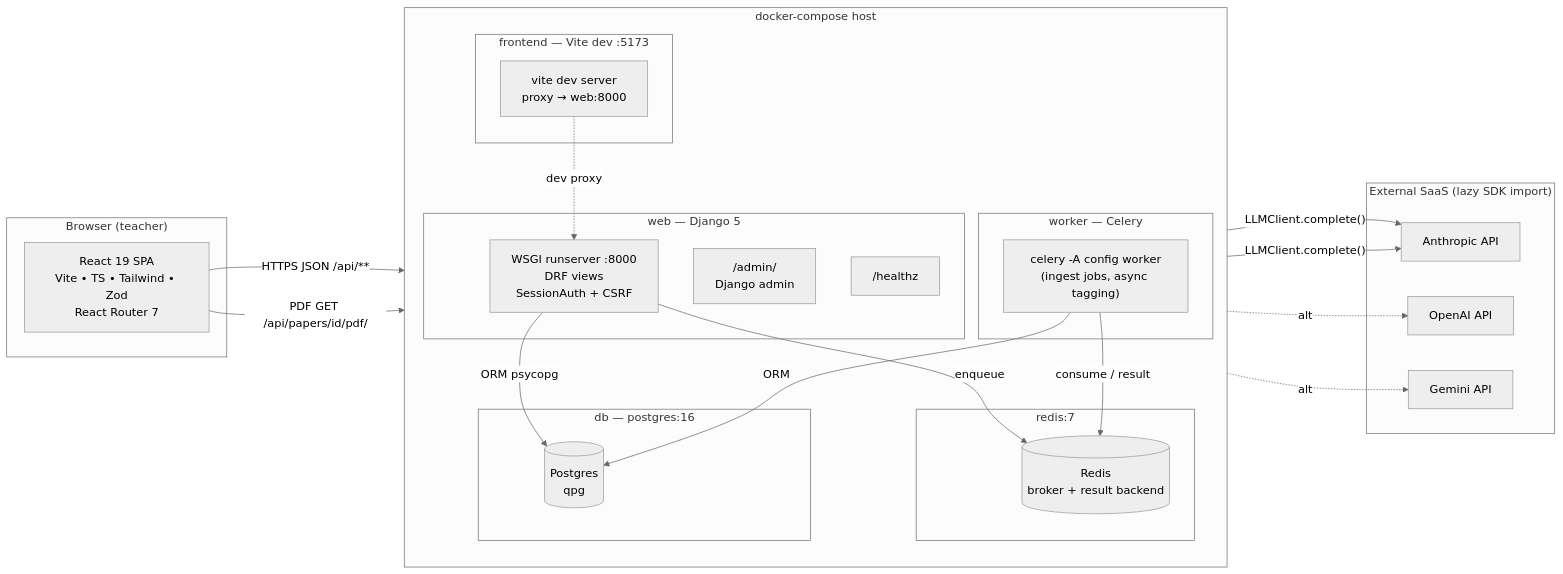
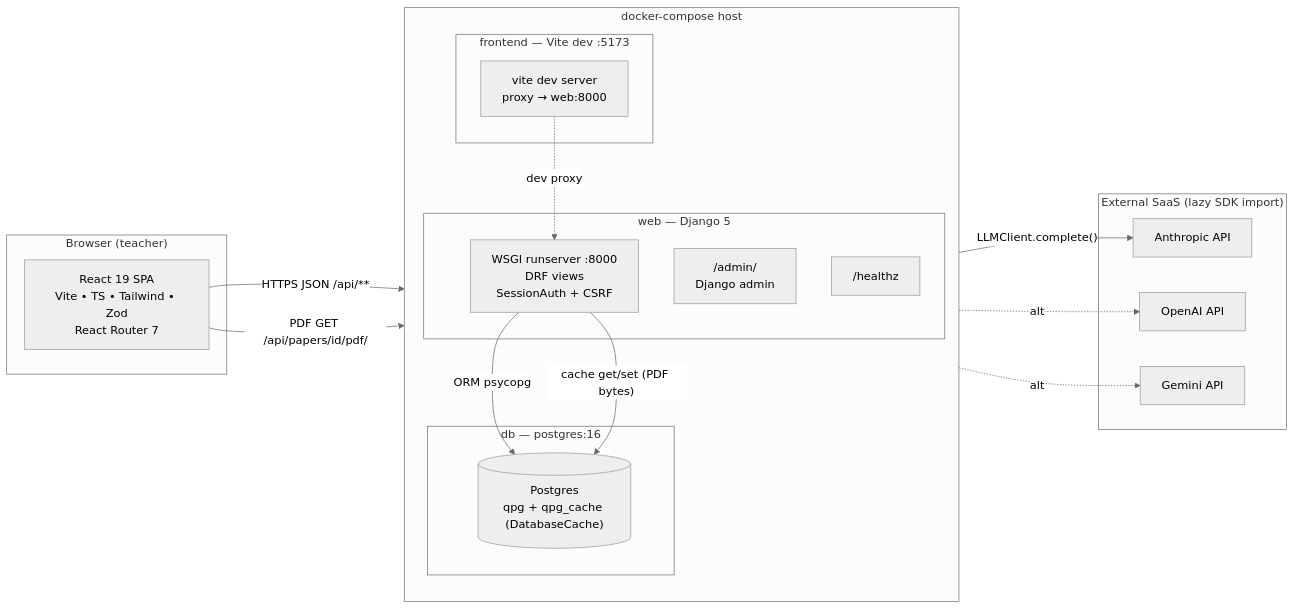
One commit to WizKnight/qs-paper-generator changed the first of 5 diagrams in docs/architecture-diagrams.md. Above: the diagram before and after it, drawn with Mermaid (neutral theme). The commit also changed other lines of this file and 74 other files, not shown here.

First line of the commit message:
data(bank): extracted 2026 Science papers (11) + cropped diagrams (#128)

````diff
--- a/docs/architecture-diagrams.md
+++ b/docs/architecture-diagrams.md
@@ -14,52 +14,41 @@
 ```mermaid
 flowchart LR
   subgraph Browser["Browser (teacher)"]
     FE["React 19 SPA<br/>Vite • TS • Tailwind • Zod<br/>React Router 7"]
   end
 
   subgraph DockerHost["docker-compose host"]
     direction TB
 
     subgraph WebSvc["web — Django 5"]
       DJ["WSGI runserver :8000<br/>DRF views<br/>SessionAuth + CSRF"]
       DJADM["/admin/<br/>Django admin"]
       HZ["/healthz"]
     end
 
-    subgraph WorkerSvc["worker — Celery"]
-      CW["celery -A config worker<br/>(ingest jobs, async tagging)"]
-    end
-
     subgraph DB["db — postgres:16"]
-      PG[("Postgres<br/>qpg")]
-    end
-
-    subgraph Cache["redis:7"]
-      RDS[("Redis<br/>broker + result backend")]
+      PG[("Postgres<br/>qpg + qpg_cache (DatabaseCache)")]
     end
 
     subgraph FEDev["frontend — Vite dev :5173"]
       VITE["vite dev server<br/>proxy → web:8000"]
     end
   end
 
   subgraph External["External SaaS (lazy SDK import)"]
     AN["Anthropic API"]
     OA["OpenAI API"]
     GM["Gemini API"]
   end
 
   FE -- "HTTPS JSON /api/**" --> VITE
   VITE -. "dev proxy" .-> DJ
   FE -- "PDF GET /api/papers/id/pdf/" --> DJ
 
   DJ -- "ORM psycopg" --> PG
-  CW -- "ORM" --> PG
-  DJ -- "enqueue" --> RDS
-  CW -- "consume / result" --> RDS
+  DJ -- "cache get/set (PDF bytes)" --> PG
 
   DJ -- "LLMClient.complete()" --> AN
-  CW -- "LLMClient.complete()" --> AN
   DJ -. alt .-> OA
   DJ -. alt .-> GM
 ```
````
